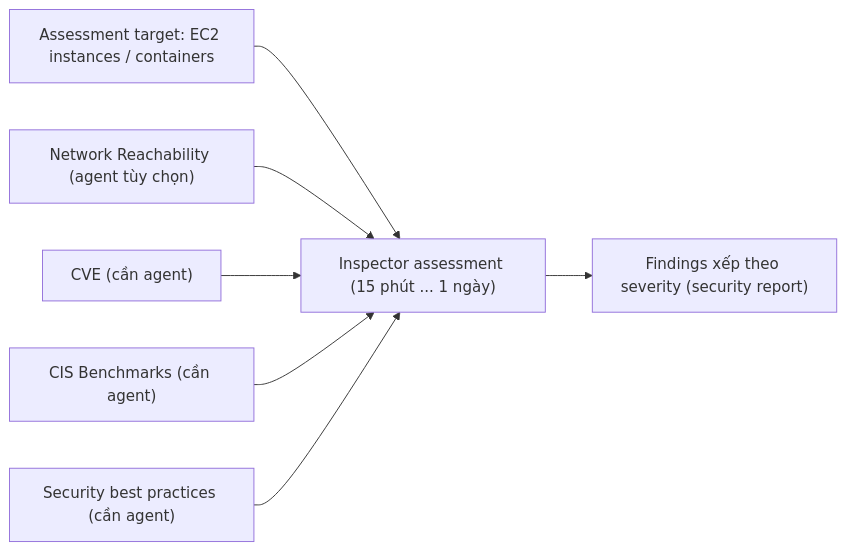
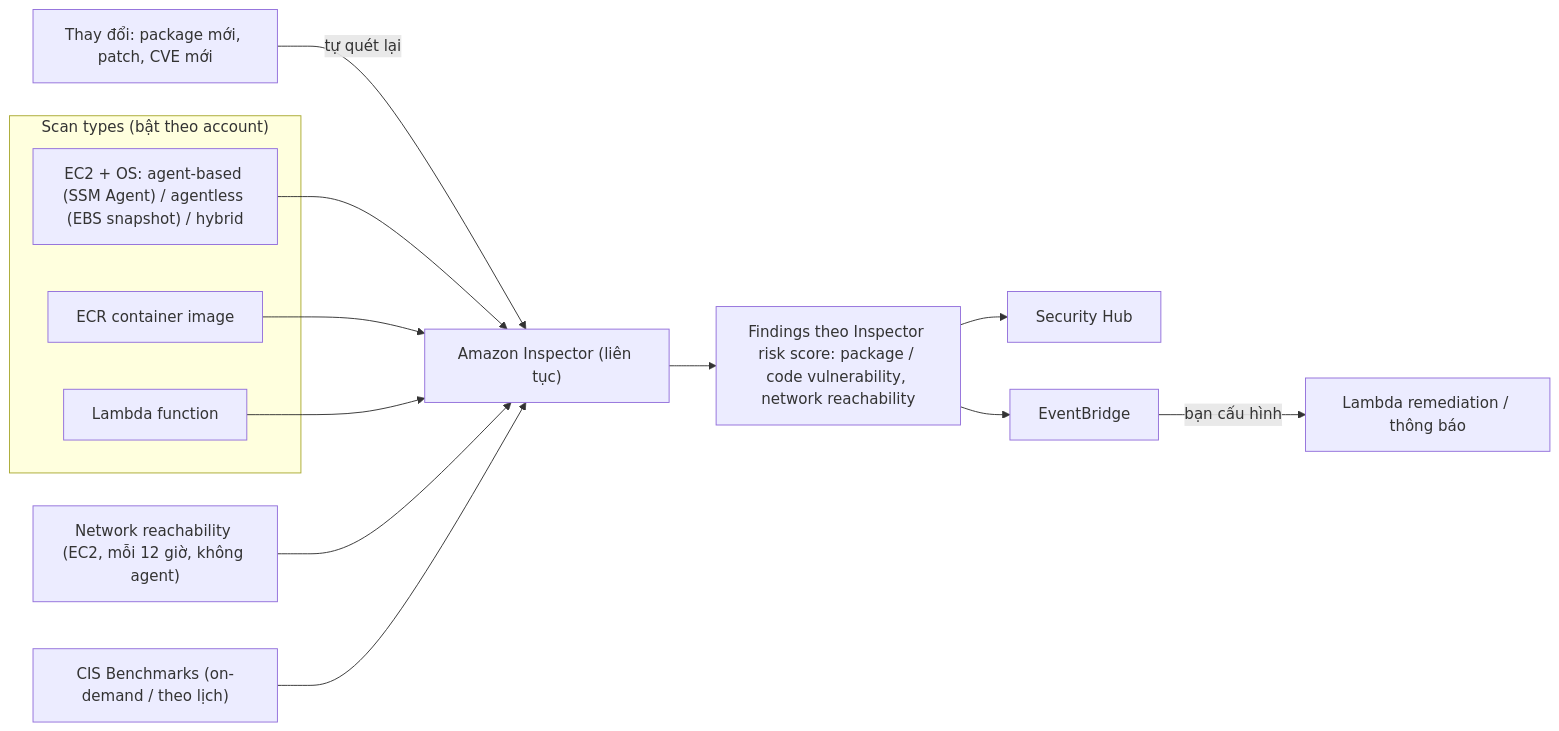
One commit to hairbui76/aws-saa-c03 changed the diagram in data/18 Security Deployment and Operations/Inspector.md. Above: the diagram before and after it, drawn with Mermaid. The commit also changed other lines of this file and 77 other files, not shown here.

First line of the commit message:
content(18): cập nhật theo bản khóa mới

````diff
--- a/data/18 Security Deployment and Operations/Inspector.md
+++ b/data/18 Security Deployment and Operations/Inspector.md
@@ -42,9 +51,17 @@
 ```mermaid
 flowchart LR
-  T["Assessment target: EC2 instances / containers"] --> A["Inspector assessment (15 phút ... 1 ngày)"]
-  RP1["Network Reachability (agent tùy chọn)"] --> A
-  RP2["CVE (cần agent)"] --> A
-  RP3["CIS Benchmarks (cần agent)"] --> A
-  RP4["Security best practices (cần agent)"] --> A
-  A --> F["Findings xếp theo severity (security report)"]
+  subgraph TARGET["Scan types (bật theo account)"]
+    EC2["EC2 + OS: agent-based (SSM Agent) / agentless (EBS snapshot) / hybrid"]
+    ECR["ECR container image"]
+    LMB["Lambda function"]
+  end
+  CH["Thay đổi: package mới, patch, CVE mới"] -->|"tự quét lại"| I["Amazon Inspector (liên tục)"]
+  EC2 --> I
+  ECR --> I
+  LMB --> I
+  NR["Network reachability (EC2, mỗi 12 giờ, không agent)"] --> I
+  CIS["CIS Benchmarks (on-demand / theo lịch)"] --> I
+  I --> F["Findings theo Inspector risk score: package / code vulnerability, network reachability"]
+  F --> SH["Security Hub"]
+  F --> EB["EventBridge"] -->|"bạn cấu hình"| L["Lambda remediation / thông báo"]
 ```
````
